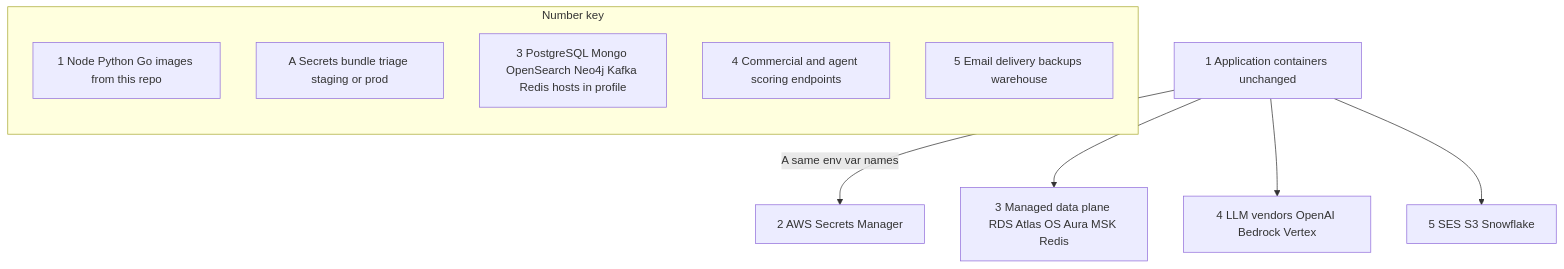
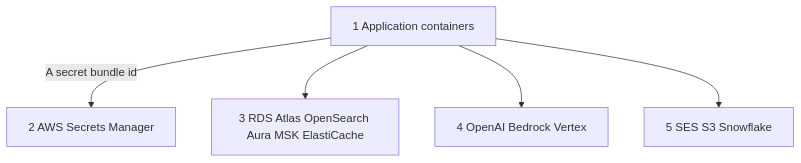
The diagram in docs/diagrams/system-flow-staging-prod.mmd (OferElboher/suspicious-email-triage), drawn with Mermaid before and after one commit. The commit also changed 9 other files, not shown here.

First line of the commit message:
Restore overall flowchart and move legends to prose lists below charts.

```diff
--- a/docs/diagrams/system-flow-staging-prod.mmd
+++ b/docs/diagrams/system-flow-staging-prod.mmd
@@ -1,21 +1,11 @@
-%% Chart 7 — Staging and production vendor endpoints
 flowchart TB
-  APP["1 Application containers unchanged"]
+  APP["1 Application containers"]
   SM["2 AWS Secrets Manager"]
-  DATA["3 Managed data plane RDS Atlas OS Aura MSK Redis"]
-  AI["4 LLM vendors OpenAI Bedrock Vertex"]
+  DATA["3 RDS Atlas OpenSearch Aura MSK ElastiCache"]
+  AI["4 OpenAI Bedrock Vertex"]
   OUT["5 SES S3 Snowflake"]
 
-  APP -->|"A same env var names"| SM
+  APP -->|"A secret bundle id"| SM
   APP --> DATA
   APP --> AI
   APP --> OUT
-
-  subgraph legend7 [Number key]
-    direction TB
-    L1["1 Node Python Go images from this repo"]
-    LA["A Secrets bundle triage staging or prod"]
-    L3["3 PostgreSQL Mongo OpenSearch Neo4j Kafka Redis hosts in profile"]
-    L4["4 Commercial and agent scoring endpoints"]
-    L5["5 Email delivery backups warehouse"]
-  end
```
